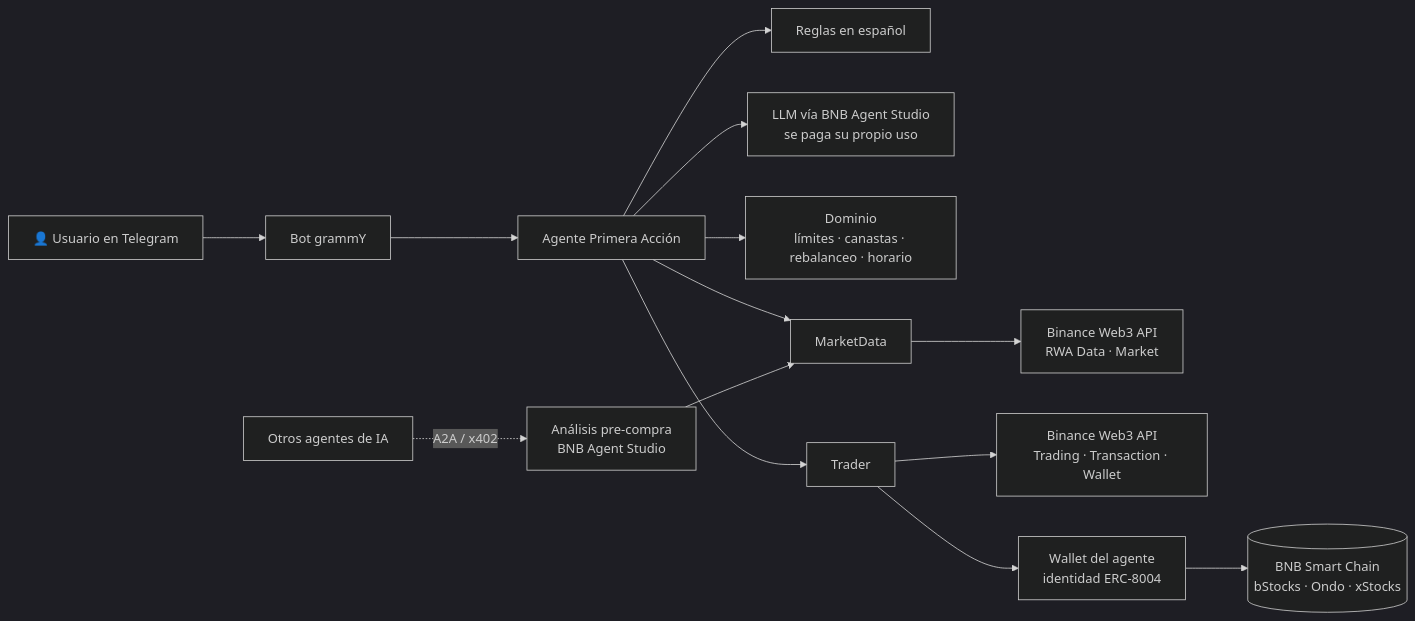
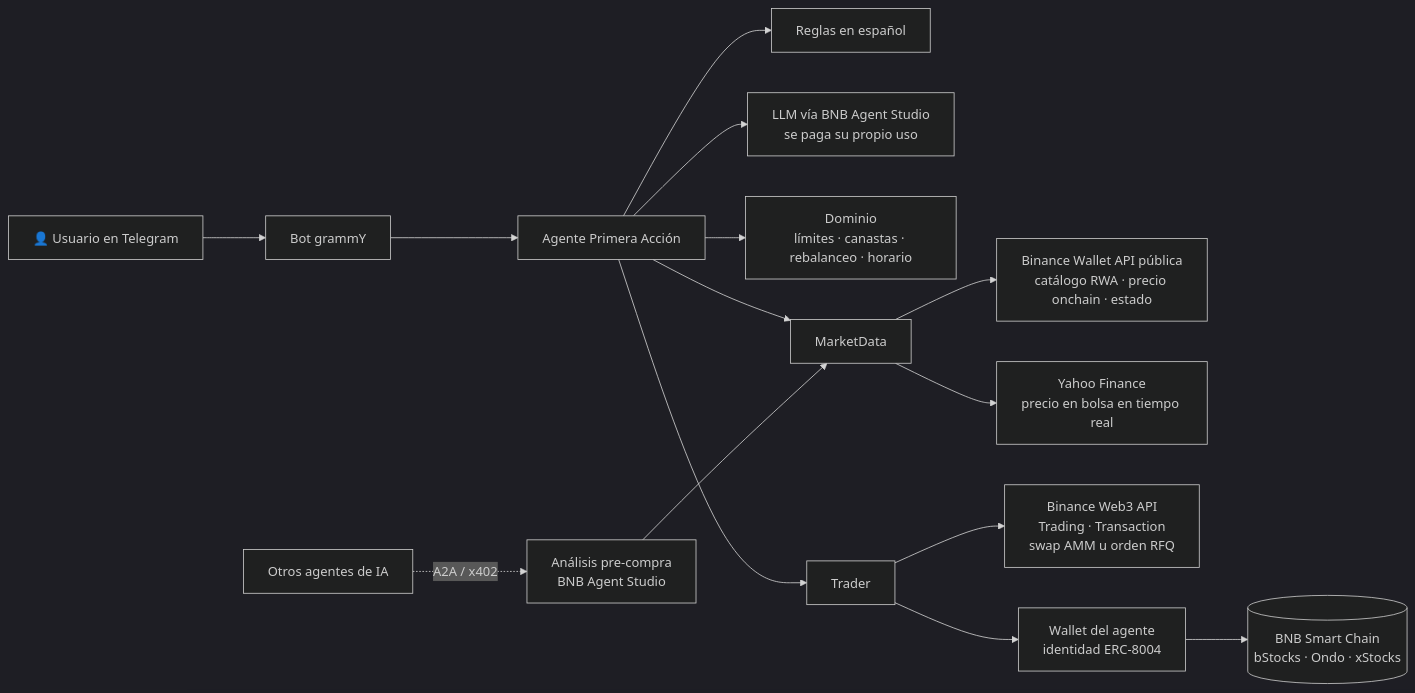
The diagram in README.md (invertilo/bnb-builder-day), drawn with Mermaid (dark theme) before and after one commit. The commit also changed other lines of this file and 30 other files, not shown here.

First line of the commit message:
Integración real: precios de bolsa en vivo, IA y trading con Binance Web3

````diff
--- a/README.md
+++ b/README.md
@@ -88,16 +97,17 @@
 ```mermaid
 flowchart LR
     U[👤 Usuario en Telegram] --> B[Bot grammY]
     B --> A[Agente Primera Acción]
     A --> R[Reglas en español]
     A --> L[LLM vía BNB Agent Studio<br/>se paga su propio uso]
     A --> D[Dominio<br/>límites · canastas · rebalanceo · horario]
     A --> M[MarketData]
     A --> T[Trader]
-    M --> API[Binance Web3 API<br/>RWA Data · Market]
-    T --> TRD[Binance Web3 API<br/>Trading · Transaction · Wallet]
+    M --> API[Binance Wallet API pública<br/>catálogo RWA · precio onchain · estado]
+    M --> Y[Yahoo Finance<br/>precio en bolsa en tiempo real]
+    T --> TRD[Binance Web3 API<br/>Trading · Transaction<br/>swap AMM u orden RFQ]
     T --> W[Wallet del agente<br/>identidad ERC-8004]
     W --> BSC[(BNB Smart Chain<br/>bStocks · Ondo · xStocks)]
     X[Otros agentes de IA] -. A2A / x402 .-> S[Análisis pre-compra<br/>BNB Agent Studio]
     S --> M
 ```
````
